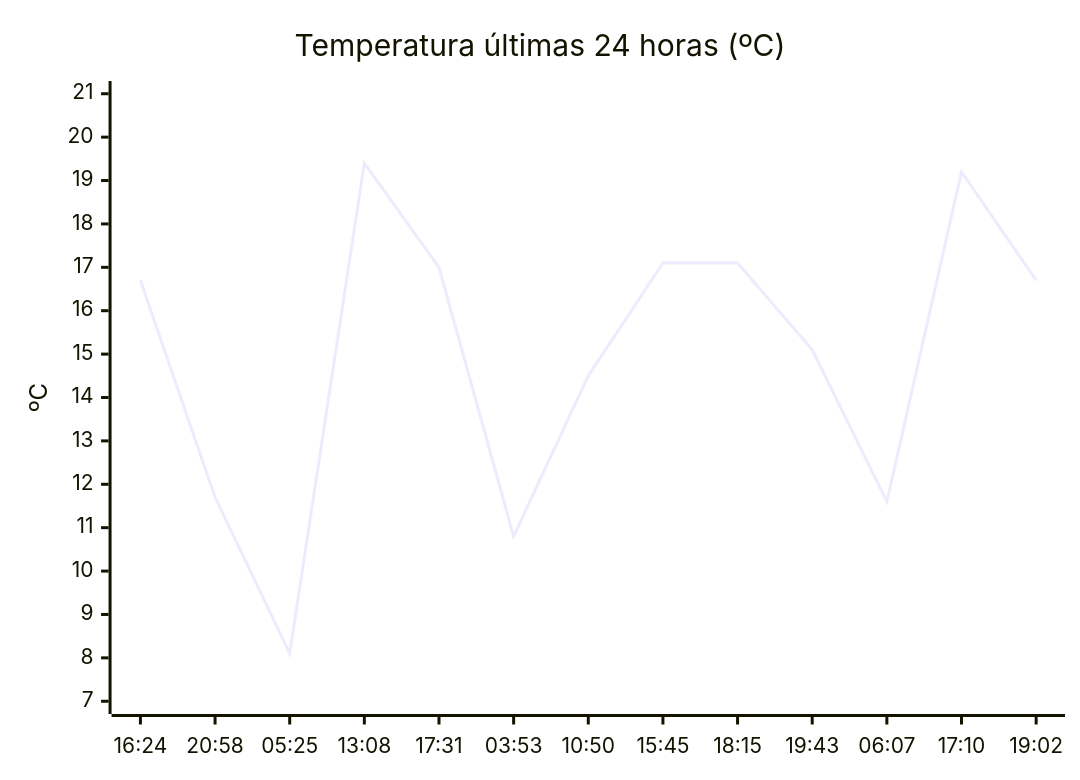
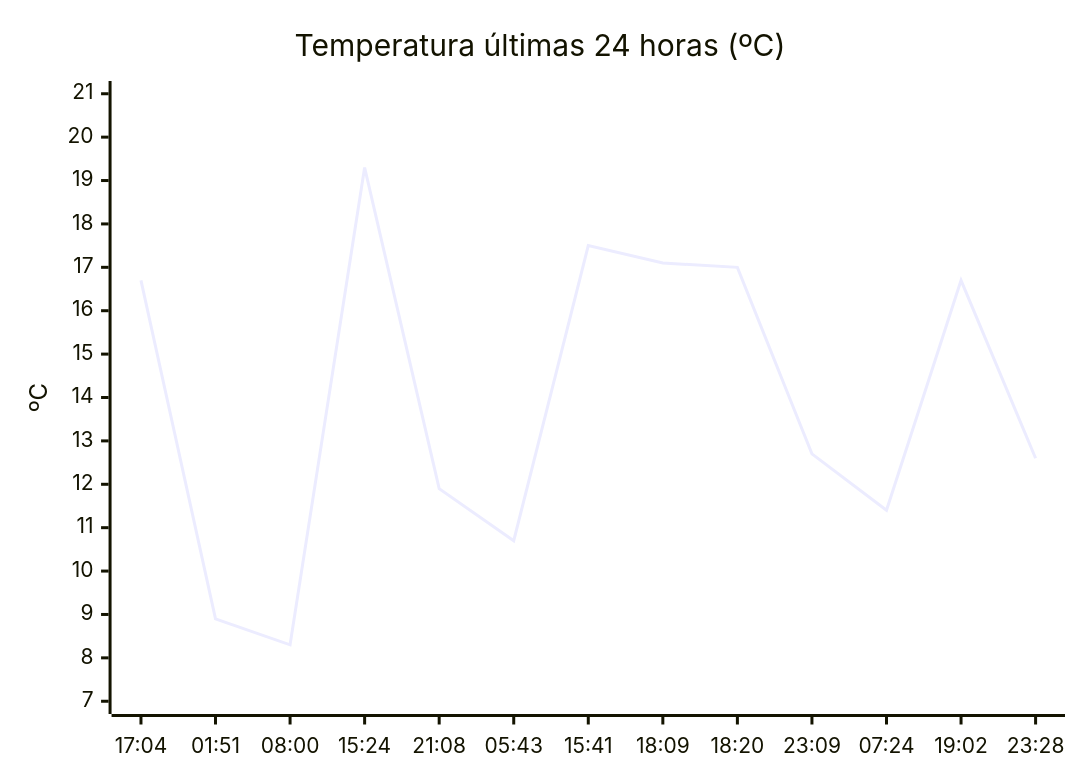
Before and after one commit to solidsnk86/rem-scrap: the diagram in README.md, drawn with Mermaid. The commit also changed other lines of this file, not shown here.

````diff
--- a/README.md
+++ b/README.md
@@ -36,7 +32,7 @@
 ```mermaid
 xychart-beta
     title "Temperatura últimas 24 horas (ºC)"
-    x-axis ["16:24", "20:58", "05:25", "13:08", "17:31", "03:53", "10:50", "15:45", "18:15", "19:43", "06:07", "17:10", "19:02"]
+    x-axis ["17:04", "01:51", "08:00", "15:24", "21:08", "05:43", "15:41", "18:09", "18:20", "23:09", "07:24", "19:02", "23:28"]
     y-axis "ºC" 7 --> 21
-    line [16.7, 11.7, 8.1, 19.4, 17, 10.8, 14.5, 17.1, 17.1, 15.1, 11.6, 19.2, 16.7]
+    line [16.7, 8.9, 8.3, 19.3, 11.9, 10.7, 17.5, 17.1, 17, 12.7, 11.4, 16.7, 12.6]
 ```
````
